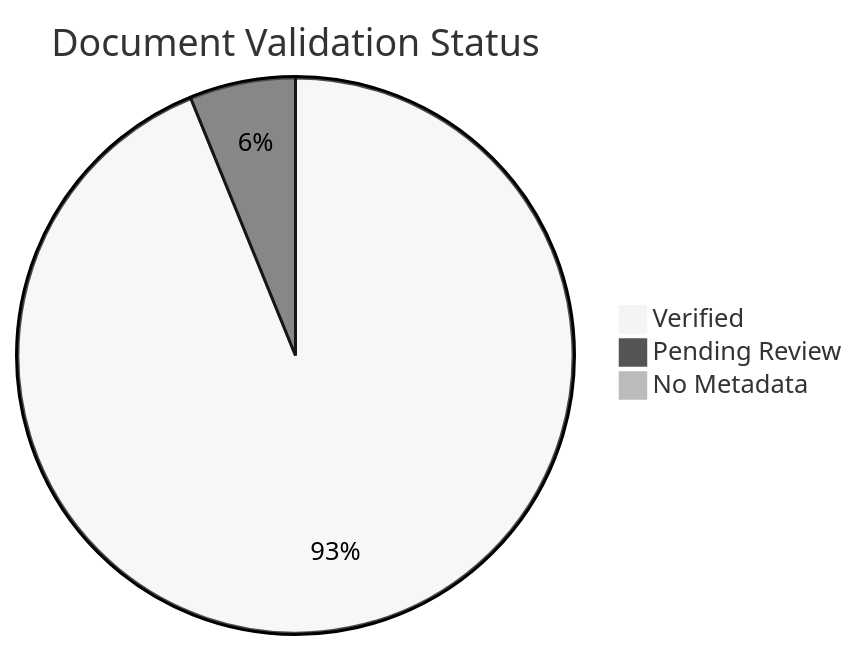
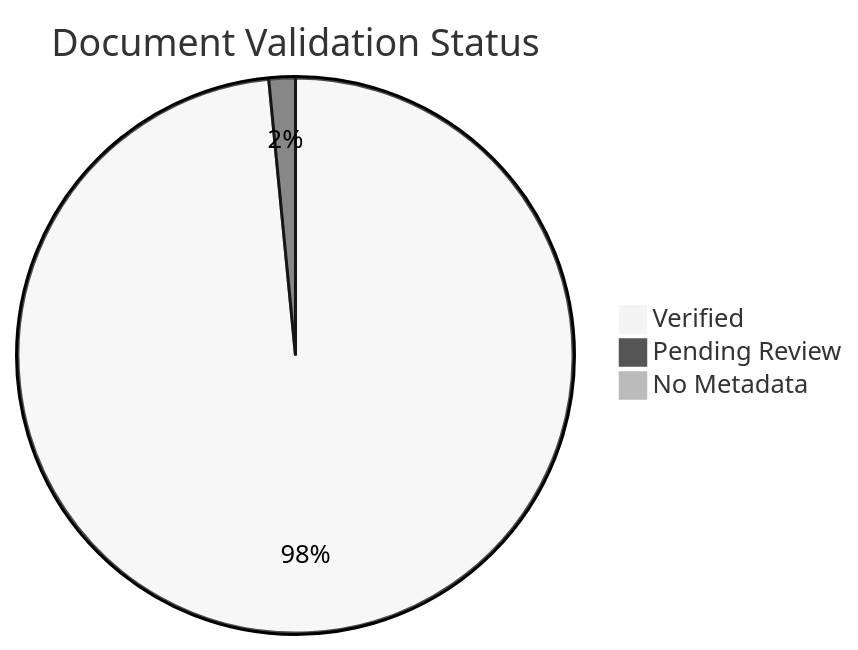
The diagram in docs/reference/content-validation-status.md (yeongseon/azure-container-apps-practical-guide), drawn with Mermaid (neutral theme) before and after one commit. The commit also changed other lines of this file and 16 other files, not shown here.

````diff
--- a/docs/reference/content-validation-status.md
+++ b/docs/reference/content-validation-status.md
@@ -35,6 +35,6 @@
 ```mermaid
 pie title Document Validation Status
-    "Verified" : 122
-    "Pending Review" : 8
+    "Verified" : 128
+    "Pending Review" : 2
     "No Metadata" : 1
 ```
````
